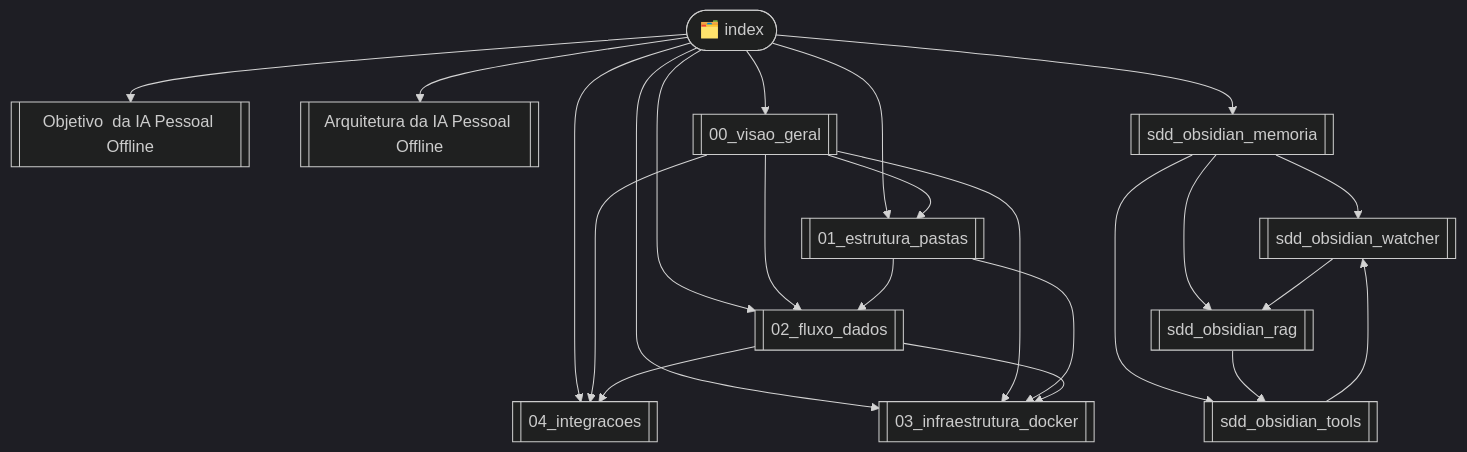
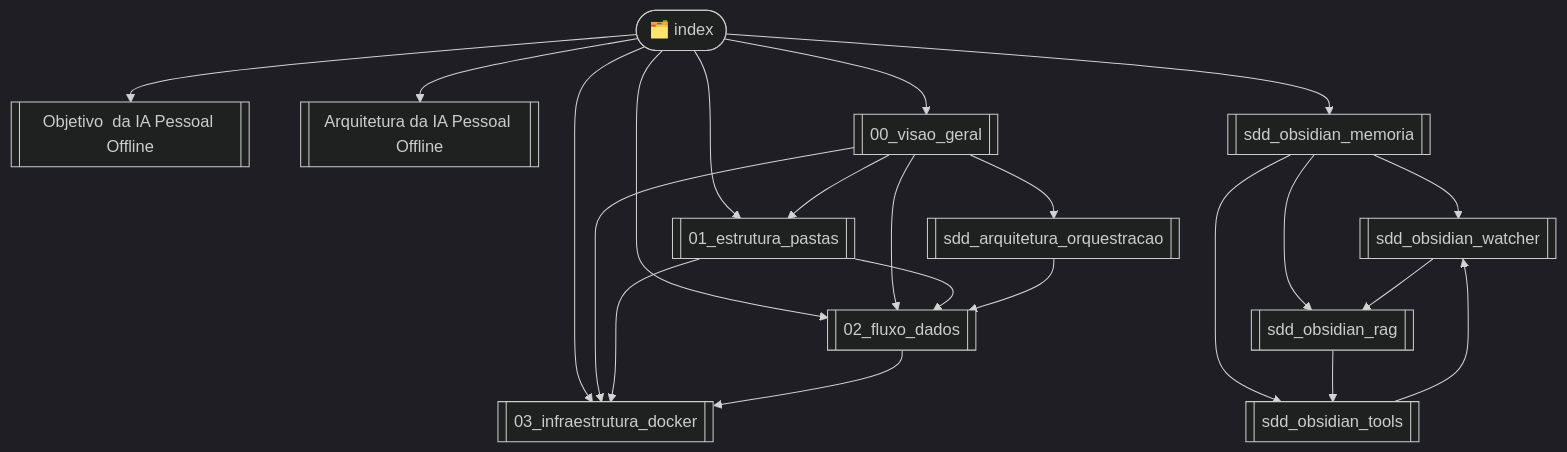
The diagram in index.md (Brian5m1th/K.A.O.S-storage), drawn with Mermaid (dark theme) before and after one commit. The commit also changed other lines of this file and 25 other files, not shown here.

````diff
--- a/index.md
+++ b/index.md
@@ -58,31 +62,31 @@
 ```mermaid
 graph TD
     IDX([🗂️ index])
 
     IDX --> OBJ[[Objetivo  da IA Pessoal Offline]]
     IDX --> ARQ[[Arquitetura da IA Pessoal Offline]]
     IDX --> VG[[00_visao_geral]]
     IDX --> EP[[01_estrutura_pastas]]
     IDX --> FD[[02_fluxo_dados]]
     IDX --> INF[[03_infraestrutura_docker]]
-    IDX --> INT[[04_integracoes]]
     IDX --> MEM[[sdd_obsidian_memoria]]
 
     MEM --> WAT[[sdd_obsidian_watcher]]
     MEM --> RAG[[sdd_obsidian_rag]]
     MEM --> TOOLS[[sdd_obsidian_tools]]
 
     WAT --> RAG
     RAG --> TOOLS
     TOOLS --> WAT
 
     VG --> EP
     VG --> FD
     VG --> INF
-    VG --> INT
 
     EP --> FD
     EP --> INF
-    FD --> INT
     FD --> INF
+
+    VG --> ORQ[[sdd_arquitetura_orquestracao]]
+    ORQ --> FD
 ```
````
